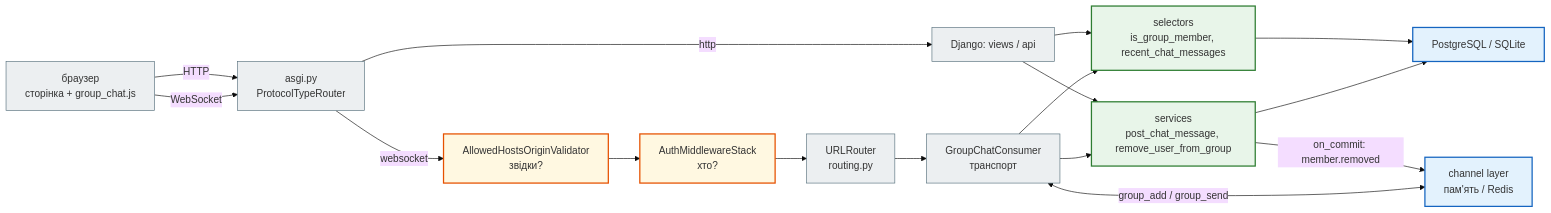
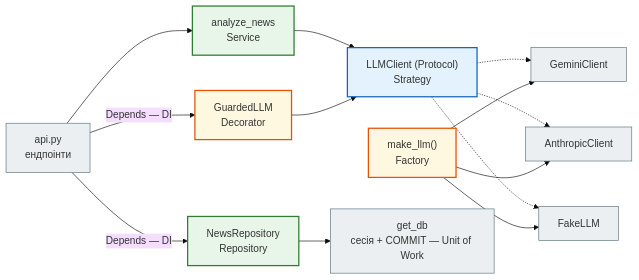
The third of 6 diagrams in docs/modules/m4/lesson_45.md (AlinaRadchenko/PY-Course-Victor-Nikoriak-22-09-2026), drawn with Mermaid (base theme) before and after one commit. The commit also changed other lines of this file and 1846 other files, not shown here.

````diff
--- a/docs/modules/m4/lesson_45.md
+++ b/docs/modules/m4/lesson_45.md
@@ -445,28 +514,27 @@
 ```mermaid
 graph LR
     classDef step     fill:#eceff1,stroke:#546e7a,stroke-width:1px;
     classDef decision fill:#e3f2fd,stroke:#1565c0,stroke-width:2px;
     classDef success  fill:#e8f5e9,stroke:#2e7d32,stroke-width:2px;
     classDef error    fill:#ffebee,stroke:#c62828,stroke-width:3px;
     classDef warning  fill:#fff8e1,stroke:#e65100,stroke-width:2px;
 
-    BR["браузер<br>сторінка + group_chat.js"] -- "HTTP" --> PT["asgi.py<br>ProtocolTypeRouter"]
-    BR -- "WebSocket" --> PT
-    PT -- http --> DJ["Django: views / api"]
-    PT -- websocket --> OV["AllowedHostsOriginValidator<br>звідки?"]
-    OV --> AM["AuthMiddlewareStack<br>хто?"] --> UR["URLRouter<br>routing.py"] --> CO["GroupChatConsumer<br>транспорт"]
-    DJ --> SEL["selectors<br>is_group_member, recent_chat_messages"]
-    DJ --> SRV["services<br>post_chat_message, remove_user_from_group"]
-    CO --> SEL
-    CO --> SRV
-    SRV -- "on_commit: member.removed" --> CL["channel layer<br>пам'ять / Redis"]
-    CO <-- "group_add / group_send" --> CL
-    SEL --> DB["PostgreSQL / SQLite"]
-    SRV --> DB
+    API["api.py<br>ендпоінти"] -- "Depends — DI" --> REPO["NewsRepository<br>Repository"]
+    API -- "Depends — DI" --> GUARD["GuardedLLM<br>Decorator"]
+    API --> AN["analyze_news<br>Service"]
+    AN --> P["LLMClient (Protocol)<br>Strategy"]
+    GUARD --> P
+    P -.-> G["GeminiClient"]
+    P -.-> A["AnthropicClient"]
+    P -.-> F["FakeLLM"]
+    MK["make_llm()<br>Factory"] --> G
+    MK --> A
+    MK --> F
+    REPO --> DB["get_db<br>сесія + COMMIT — Unit of Work"]
 
-    class BR,PT,DJ,UR step
-    class OV,AM warning
-    class CO step
-    class SEL,SRV success
-    class CL,DB decision
+    class API step
+    class AN,REPO success
+    class P decision
+    class GUARD,MK warning
+    class G,A,F,DB step
 ```
````
